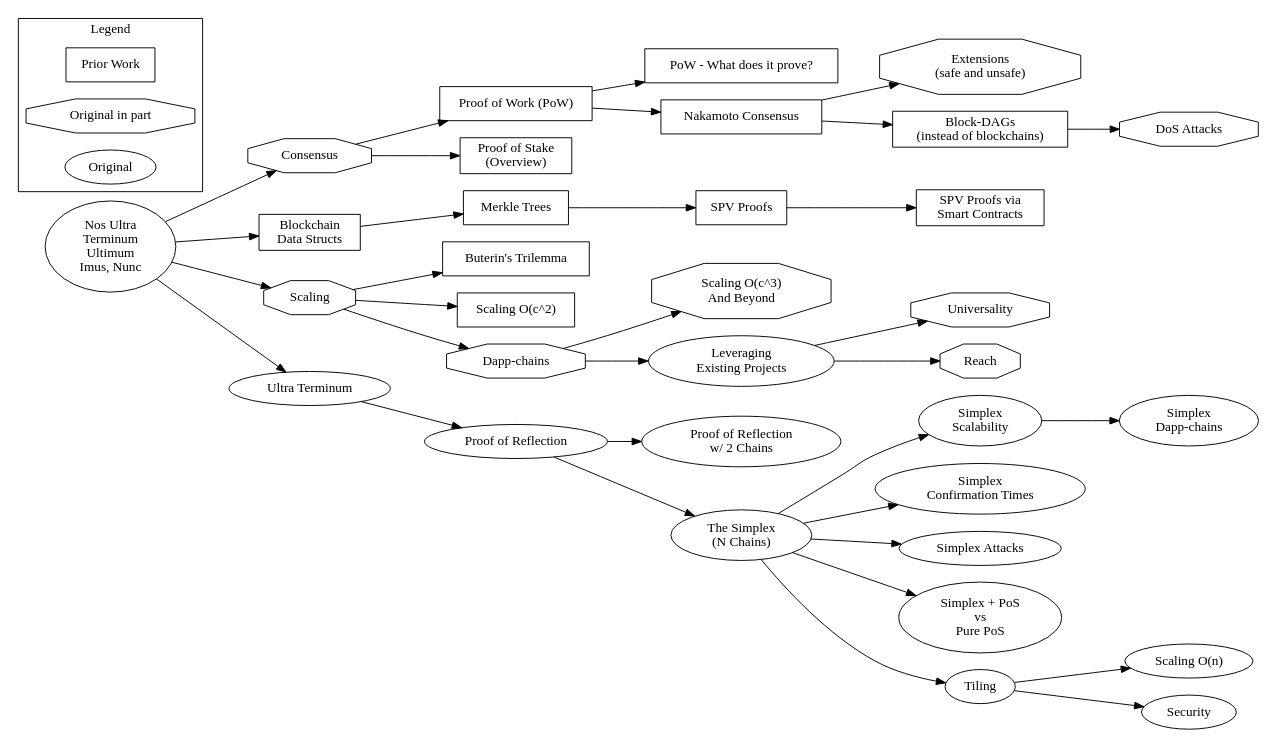
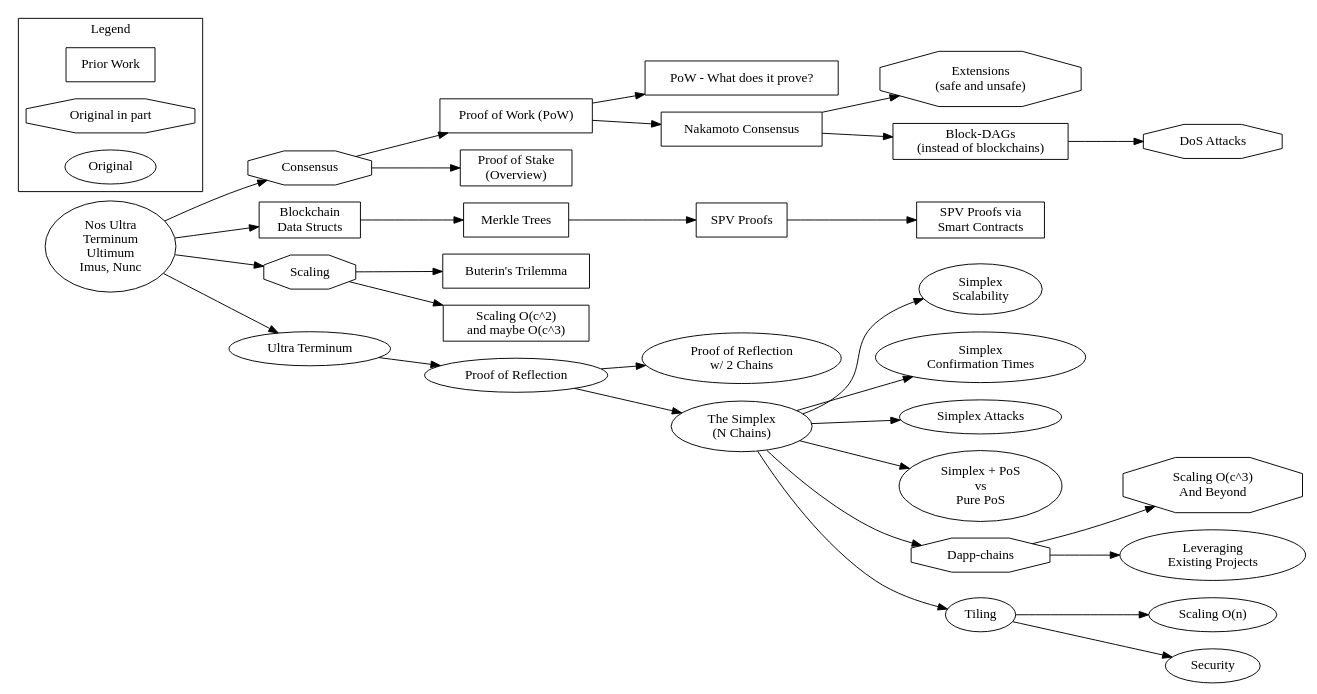
One commit to AmarooHQ/whitepaper changed the diagram in includes/handout/topic-tree.gv. Above: the diagram before and after it, drawn with Graphviz. The commit also changed 2 other files, not shown here.

```diff
--- a/includes/handout/topic-tree.gv
+++ b/includes/handout/topic-tree.gv
@@ -1,94 +1,93 @@
 digraph TopicTree {
     compound=true;
     rankdir="LR";
 
     /* subgraph cluster_proofEngines {
         label = "Proof Engines";
         posEngine -> powEngine;
     } */
 
     /* subgraph cluster_whitePaper {
         // style=filled;
         // color=lightgrey;
         // node [style=filled];
         label = "White Paper";
         networkTopol -> utSpec;
         tokenomics;
         amarooVision;
         validation -> utSpec;
         dagDetails -> utSpec;
         wpDraft1 -> dagDetails,amarooVision,validation,networkTopol,tokenomics;
     } */
 
     nosimus [label = "Nos Ultra\nTerminum\nUltimum\nImus, Nunc", ordering=out];
 
     subgraph cluster_Legend {
         label = "Legend";
         prior [label = "Prior Work", shape=rectangle];
         partOriginal [label = "Original in part", shape=octagon];
         original [label = "Original"];
     }
 
     consensus [label = "Consensus", ordering=out, shape=octagon];
     pow [label = "Proof of Work (PoW)", shape=rectangle];
     essenceOfPoWDataInclusion [label = "PoW - What does it prove?", shape=rectangle];
     nakamotoConsensus [label = "Nakamoto Consensus", shape=rectangle];
     nakConsensusSafeUnsafe [label = "Extensions\n(safe and unsafe)", shape=octagon];
     PoSConsensusGeneral [label = "Proof of Stake\n(Overview)", shape=rectangle];
     blockDag [label = "Block-DAGs\n(instead of blockchains)", shape=rectangle];
     dosAttacks [label = "DoS Attacks", shape=octagon];
     dataStructsGeneral [label = "Blockchain\nData Structs", shape=rectangle];
     merkleTrees [label = "Merkle Trees", shape=rectangle];
     spvProofs [label = "SPV Proofs", shape=rectangle];
     spvProofsViaSC [label = "SPV Proofs via\nSmart Contracts", shape=rectangle];
     scaling [label = "Scaling", shape=octagon];
     scalingTrilemma [label = "Buterin's Trilemma", shape=rectangle];
-    scalingOCSquared [label = "Scaling O(c^2)", shape=rectangle];
+    scalingOCSquared [label = "Scaling O(c^2)\n and maybe O(c^3)", shape=rectangle];
     scalingOCCubed [label = "Scaling O(c^3)\nAnd Beyond", shape=octagon];
     scalingON [label = "Scaling O(n)"];
     UT [label = "Ultra Terminum"];
     powReflection [label = "Proof of Reflection"];
     powRefTwoChains [label = "Proof of Reflection\nw/ 2 Chains"];
     //UTCore [label = "Core of Ultra Terminum"];
     powRefSimplex [label = "The Simplex\n(N Chains)"];
     simplexScale [label = "Simplex\nScalability"];
-    simplexDappChains [label = "Simplex\nDapp-chains"];
+    // simplexDappChains [label = "Simplex\nDapp-chains"];
     powRefConfirmationTimes [label = "Simplex\nConfirmation Times"];
     powRefAttacks [label = "Simplex Attacks"];
     simplexPoSVsPurePoS [label = "Simplex + PoS\nvs\nPure PoS"];
     dappChains [label = "Dapp-chains", shape=octagon];
     devPotential [label = "Leveraging\nExisting Projects"];
-    devPotentialUniversality [label = "Universality", shape=octagon];
-    devPotentialReach [label = "Reach", shape=octagon];
+    // devPotentialUniversality [label = "Universality", shape=octagon];
+    // devPotentialReach [label = "Reach", shape=octagon];
     tiling [label = "Tiling"];
     tilingSec [label = "Security"];
 
     nosimus -> consensus;
     consensus -> pow;
     pow -> nakamotoConsensus;
     pow -> essenceOfPoWDataInclusion;
     // essenceOfPoWDataInclusion -> nakConsensusSafeUnsafe;
     nakamotoConsensus -> nakConsensusSafeUnsafe;
     consensus -> PoSConsensusGeneral;
     nakamotoConsensus -> blockDag;
     blockDag -> dosAttacks;
     //nakamotoConsensus -> essenceOfPoWDataInclusion;
     nosimus -> dataStructsGeneral -> merkleTrees -> spvProofs -> spvProofsViaSC;
     nosimus -> scaling -> scalingTrilemma;
     scaling -> scalingOCSquared;
-    scaling -> dappChains -> scalingOCCubed;
     //scaling -> scalingON;
     nosimus -> UT -> powReflection -> powRefTwoChains;
-    powReflection -> powRefSimplex -> simplexScale -> simplexDappChains;
+    powReflection -> powRefSimplex -> simplexScale;
+    powRefSimplex -> dappChains -> scalingOCCubed;
     powRefSimplex -> powRefConfirmationTimes;
     powRefSimplex -> powRefAttacks;
     powRefSimplex -> simplexPoSVsPurePoS;
 
-    dappChains -> devPotential -> devPotentialReach;
-    devPotential -> devPotentialUniversality;
+    dappChains -> devPotential;
 
     powRefSimplex -> tiling;
 
     tiling -> scalingON;
     tiling -> tilingSec;
 }
```
